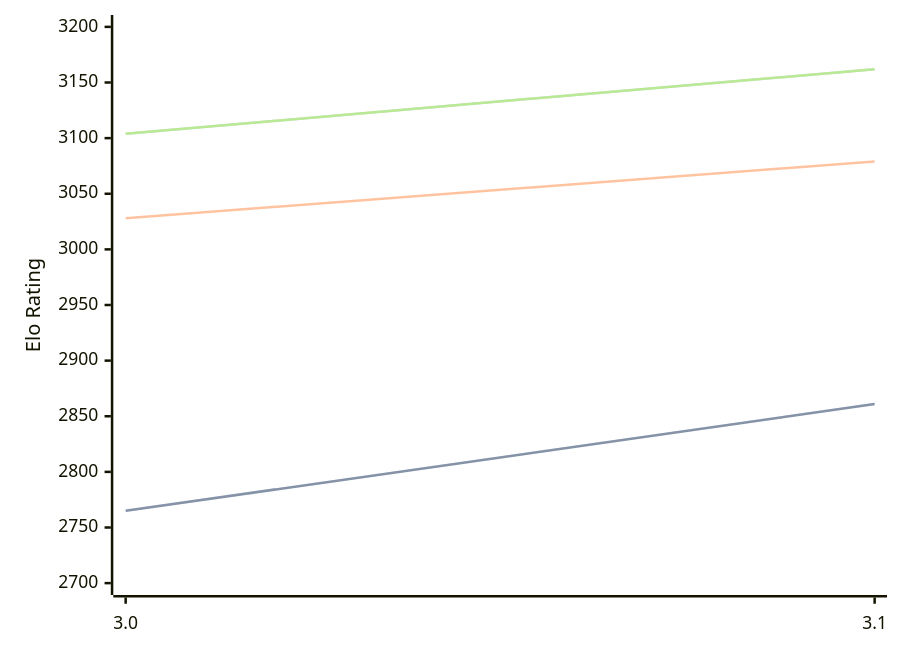
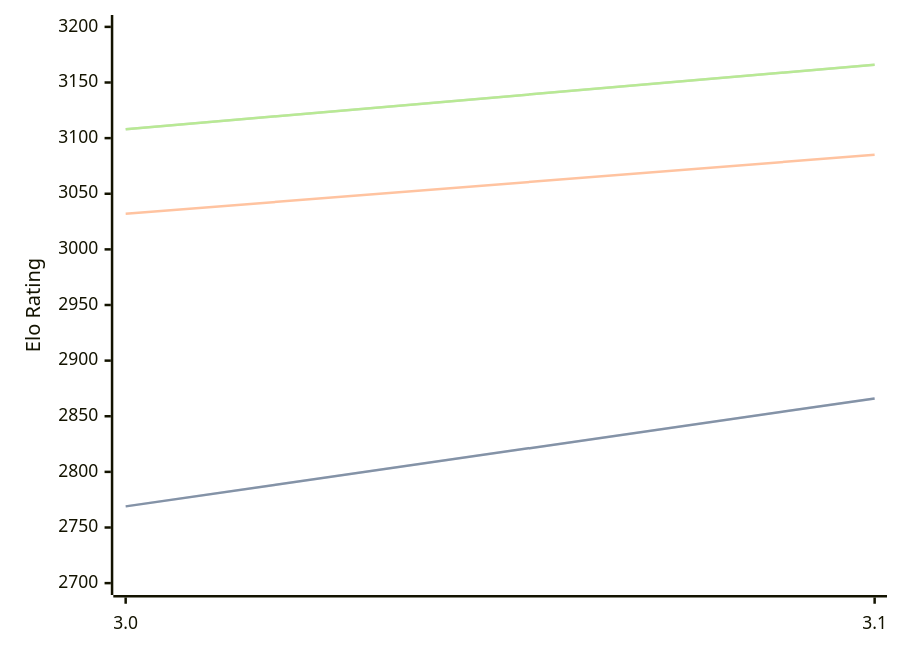
The diagram in engines/Vajolet2.md (computer-chess-index/cci), drawn with Mermaid before and after one commit. The commit also changed other lines of this file, not shown here.

Commit message:
Update CCI Ratings (ELO VLTC) - 2026-04-18

````diff
--- a/engines/Vajolet2.md
+++ b/engines/Vajolet2.md
@@ -40,11 +40,11 @@
 ```mermaid
 %%{init: {"theme":"base","themeVariables":{"seriesColors:['#a3a3a3','#222221','#faa371']}}}%%
 xychart-beta
   x-axis ["3.0", "3.1"]
   y-axis "Elo Rating" 2700 --> 3200
-  line "STC (8.0+0.08s)" [2765, 2861]
-  line "STC (8.0+0.08s)" [2765, 2861]
-  line "LTC (60.0+0.60s)" [3028, 3079]
-  line "VLTC (2m24s+1.12s)" [3104, 3162]
-  line "VLTC (2m24s+1.12s)" [3104, 3162]
+  line "STC (8.0+0.08s)" [2769, 2866]
+  line "STC (8.0+0.08s)" [2769, 2866]
+  line "LTC (60.0+0.60s)" [3032, 3085]
+  line "VLTC (2m24s+1.12s)" [3108, 3166]
+  line "VLTC (2m24s+1.12s)" [3108, 3166]
 ```
````
